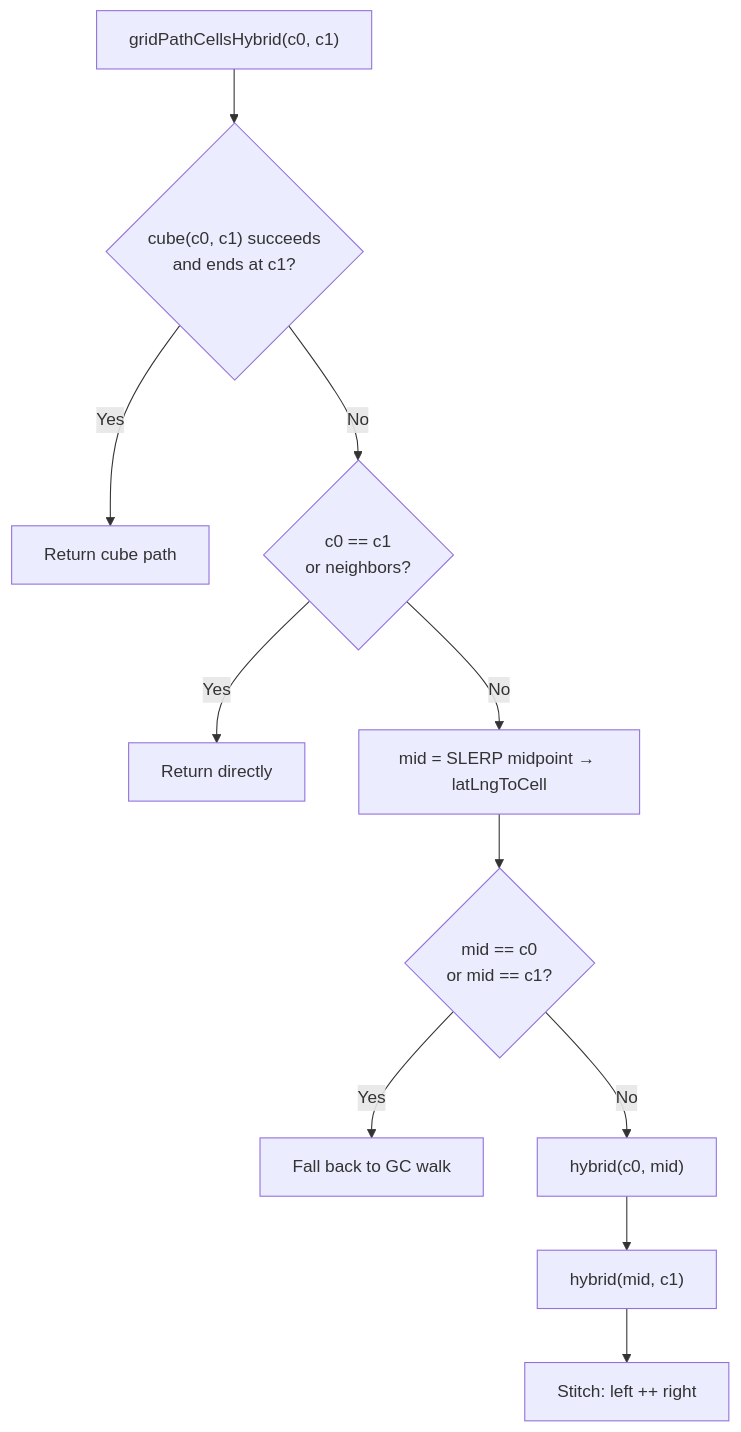
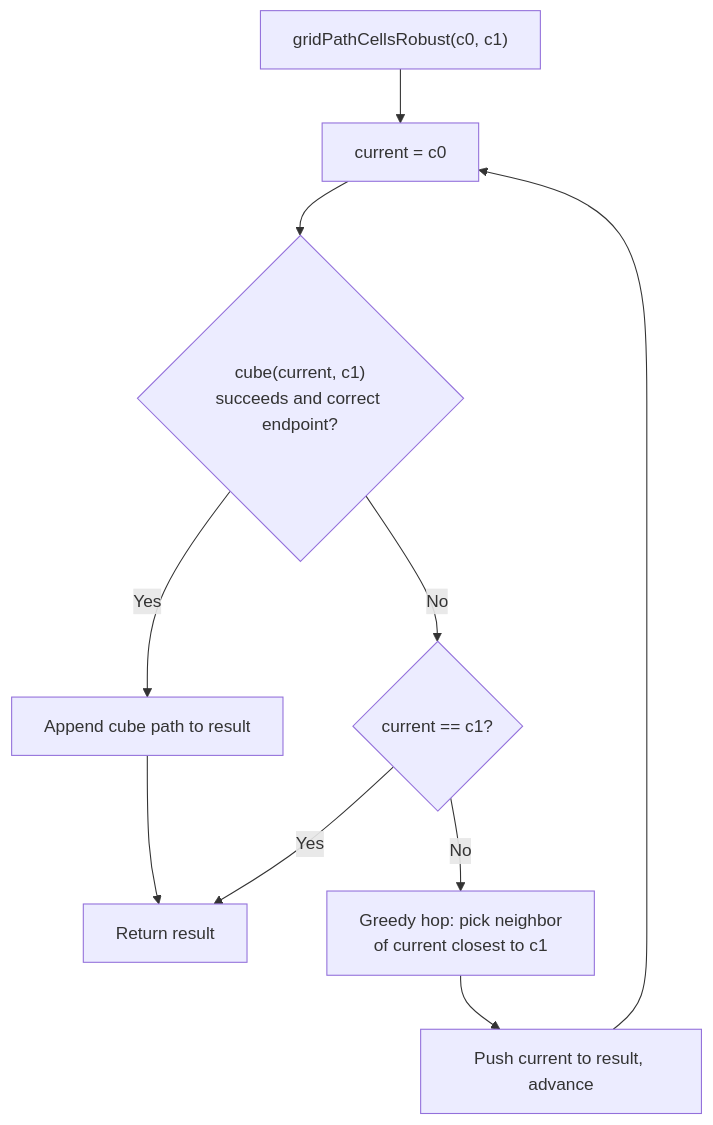
The fourth of 5 diagrams in docs/src/extensions.md (charleskawczynski/FastH3.jl), drawn with Mermaid before and after one commit. The commit also changed other lines of this file and 8 other files, not shown here.

First line of the commit message:
WIP: robust path (replaces hybrid), docs, perf, extension tests

````diff
--- a/docs/src/extensions.md
+++ b/docs/src/extensions.md
@@ -105,13 +108,12 @@
 ```mermaid
 flowchart TD
-    entry["gridPathCellsHybrid(c0, c1)"] --> tryCube{"cube(c0, c1) succeeds\nand ends at c1?"}
-    tryCube -->|Yes| returnCube["Return cube path"]
-    tryCube -->|No| trivial{"c0 == c1\nor neighbors?"}
-    trivial -->|Yes| returnDirect["Return directly"]
-    trivial -->|No| slerp["mid = SLERP midpoint → latLngToCell"]
-    slerp --> checkMid{"mid == c0\nor mid == c1?"}
-    checkMid -->|Yes| fallbackGC["Fall back to GC walk"]
-    checkMid -->|No| recurseLeft["hybrid(c0, mid)"]
-    recurseLeft --> recurseRight["hybrid(mid, c1)"]
-    recurseRight --> stitch["Stitch: left ++ right"]
+    entry["gridPathCellsRobust(c0, c1)"] --> loop["current = c0"]
+    loop --> tryCube{"cube(current, c1)\nsucceeds and correct endpoint?"}
+    tryCube -->|Yes| appendCube["Append cube path to result"]
+    appendCube --> done["Return result"]
+    tryCube -->|No| checkDone{"current == c1?"}
+    checkDone -->|Yes| done
+    checkDone -->|No| hop["Greedy hop: pick neighbor\nof current closest to c1"]
+    hop --> pushCell["Push current to result, advance"]
+    pushCell --> loop
 ```
````
